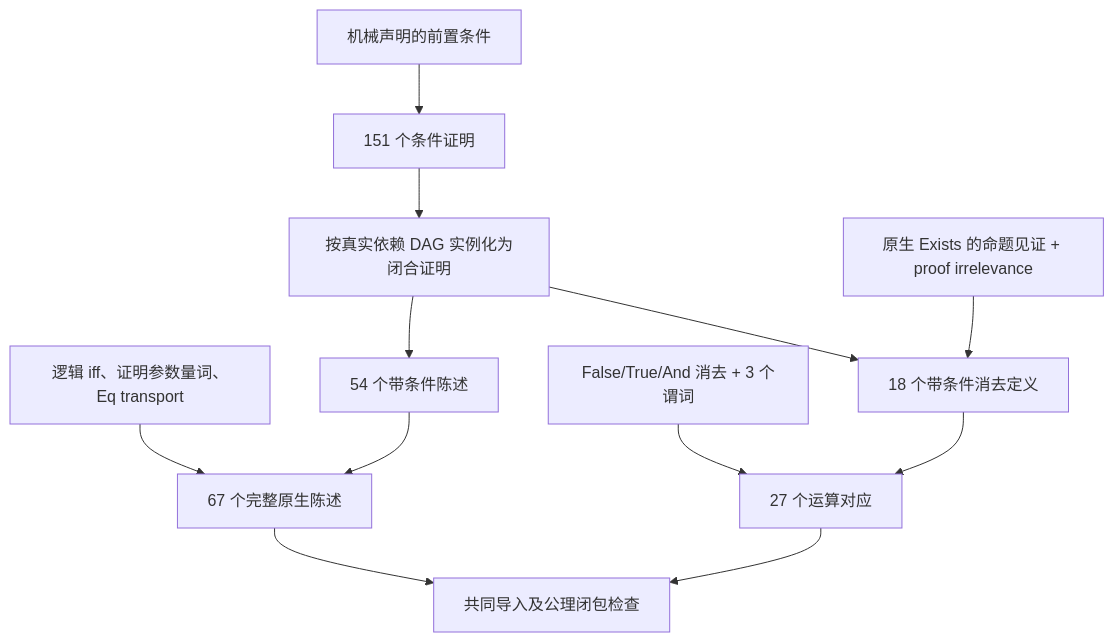
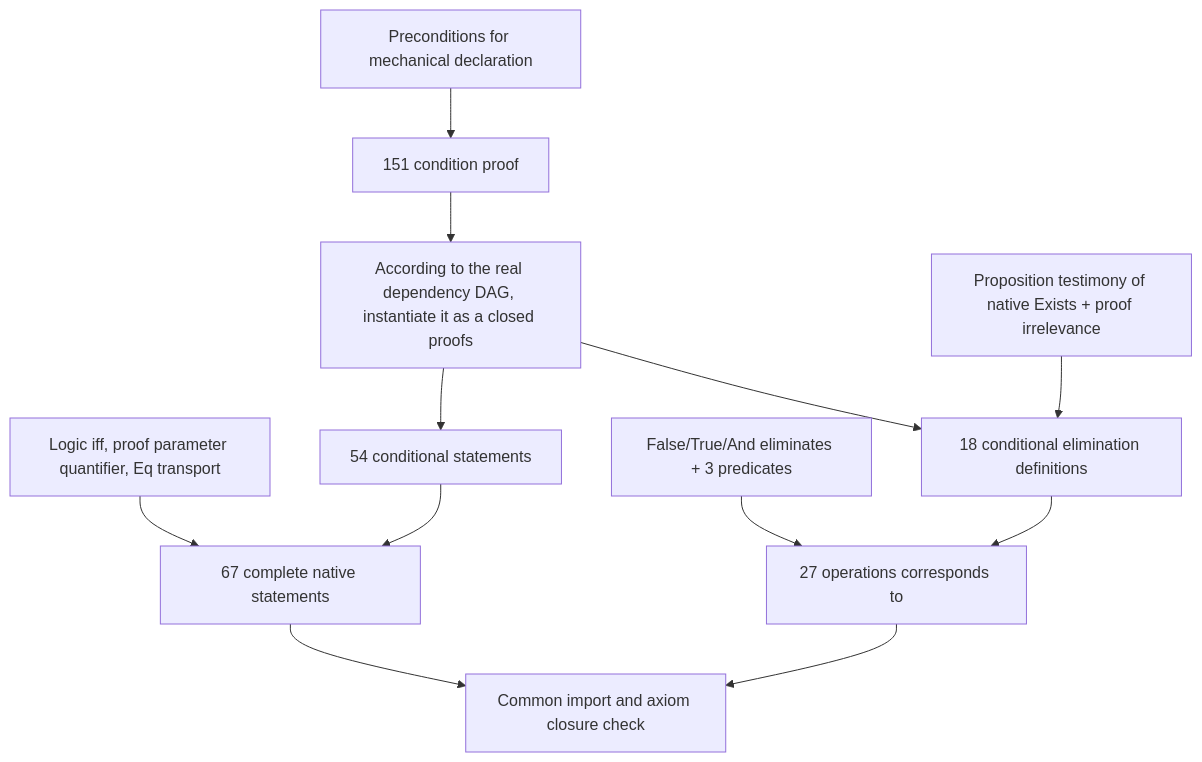
Before and after one commit to jackooo-dddd/rocq-core: the second of 26 diagrams in experiments/incremental-correspondence-20261019/DAG.md, drawn with Mermaid. The commit also changed other lines of this file and 701 other files, not shown here.

````diff
--- a/experiments/incremental-correspondence-20261019/DAG.md
+++ b/experiments/incremental-correspondence-20261019/DAG.md
@@ -216,14 +216,14 @@
 ```mermaid
 flowchart TD
-  A["机械声明的前置条件"] --> B["151 个条件证明"]
-  B --> C["按真实依赖 DAG 实例化为闭合证明"]
-  C --> D["18 个带条件消去定义"]
-  C --> E["54 个带条件陈述"]
-  F["逻辑 iff、证明参数量词、Eq transport"] --> G["67 个完整原生陈述"]
+  A["Preconditions for mechanical declaration"] --> B["151 condition proof"]
+  B --> C["According to the real dependency DAG, instantiate it as a closed proofs"]
+  C --> D["18 conditional elimination definitions"]
+  C --> E["54 conditional statements"]
+  F["Logic iff, proof parameter quantifier, Eq transport"] --> G["67 complete native statements"]
   E --> G
-  H["原生 Exists 的命题见证 + proof irrelevance"] --> D
-  I["False/True/And 消去 + 3 个谓词"] --> J["27 个运算对应"]
+  H["Proposition testimony of native Exists + proof irrelevance"] --> D
+  I["False/True/And eliminates + 3 predicates"] --> J["27 operations corresponds to"]
   D --> J
-  G --> K["共同导入及公理闭包检查"]
+  G --> K["Common import and axiom closure check"]
   J --> K
 ```
````
